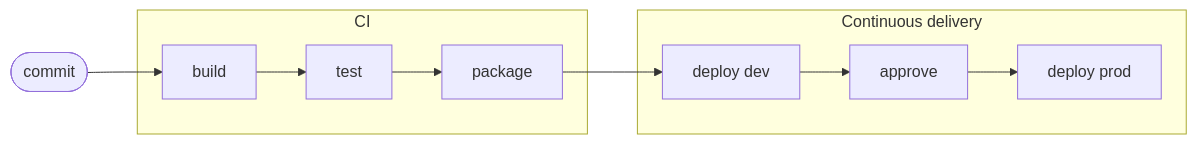
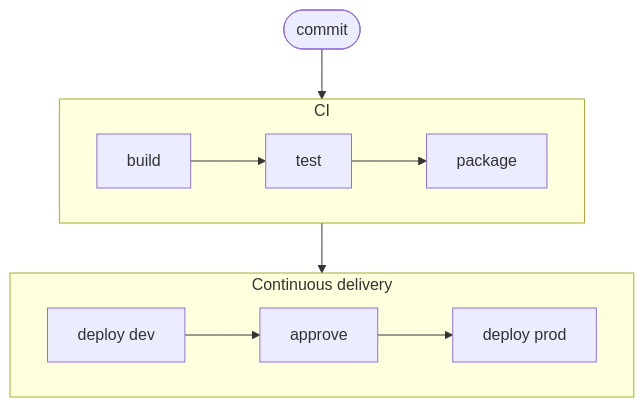
One commit to dylankenneally/jenkins-cookbook changed the diagram in src/content/concepts/ci-cd-basics.md. Above: the diagram before and after it, drawn with Mermaid. The commit also changed 9 other files, not shown here.

Commit message:
improved mermaid diagrams

````diff
--- a/src/content/concepts/ci-cd-basics.md
+++ b/src/content/concepts/ci-cd-basics.md
@@ -30,11 +30,16 @@
 ```mermaid
-flowchart LR
-    commit([commit]) --> build
+flowchart TB
+    accTitle: The stages of a CI/CD pipeline
+    accDescr: A commit starts the build. In the CI group the build is followed by test and package. The package then moves into the continuous delivery group: deploy to dev, an approval, then deploy to prod.
+    %% stacked rows keep the diagram narrow enough for a phone; the links join the groups rather than nodes inside them, because a link to a node inside a group makes mermaid ignore that group's direction
+    commit([commit]) --> ci
     subgraph ci [CI]
+        direction LR
         build --> test --> package
     end
     subgraph cd [Continuous delivery]
+        direction LR
         deployDev[deploy dev] --> approve --> deployProd[deploy prod]
     end
-    package --> deployDev
+    ci --> cd
 ```
````
